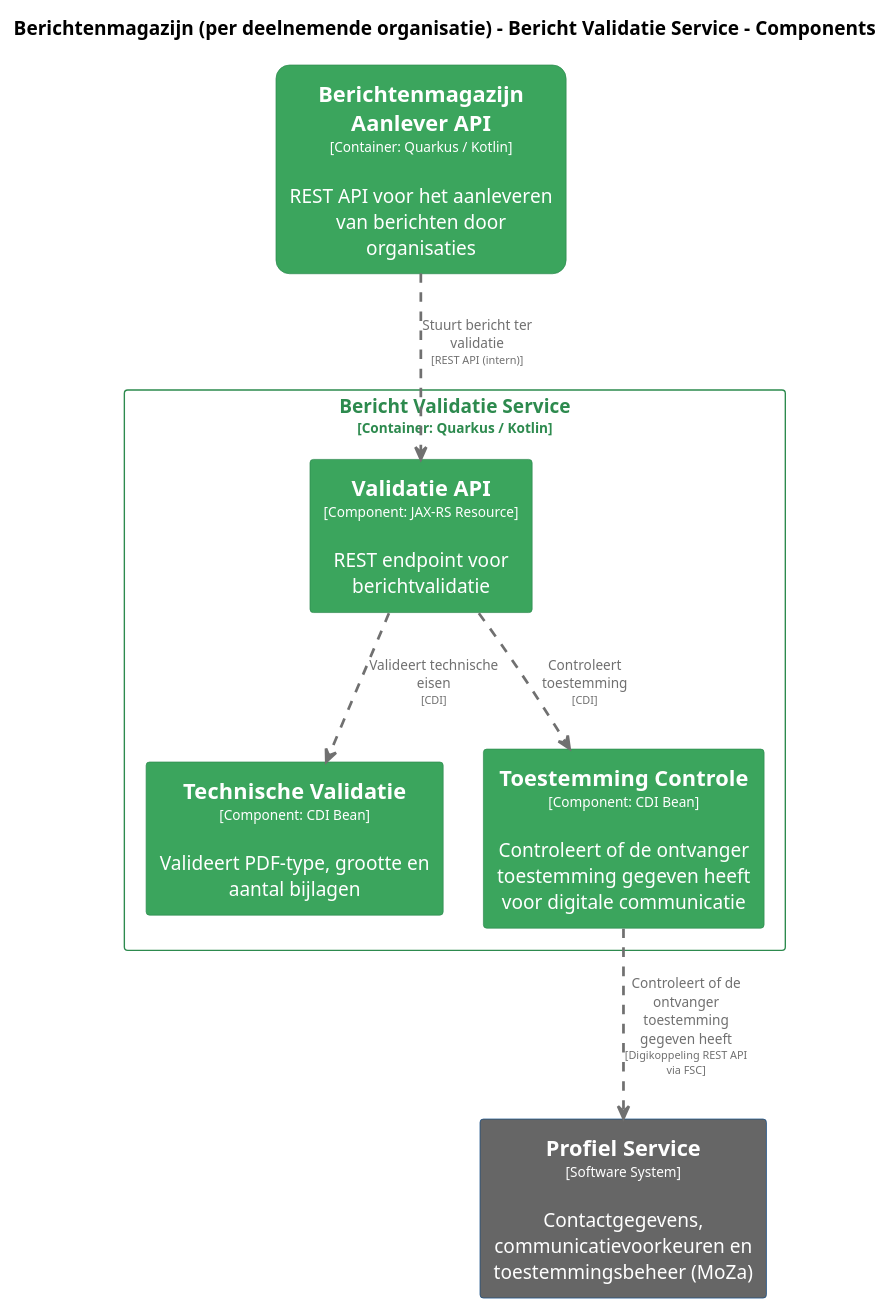
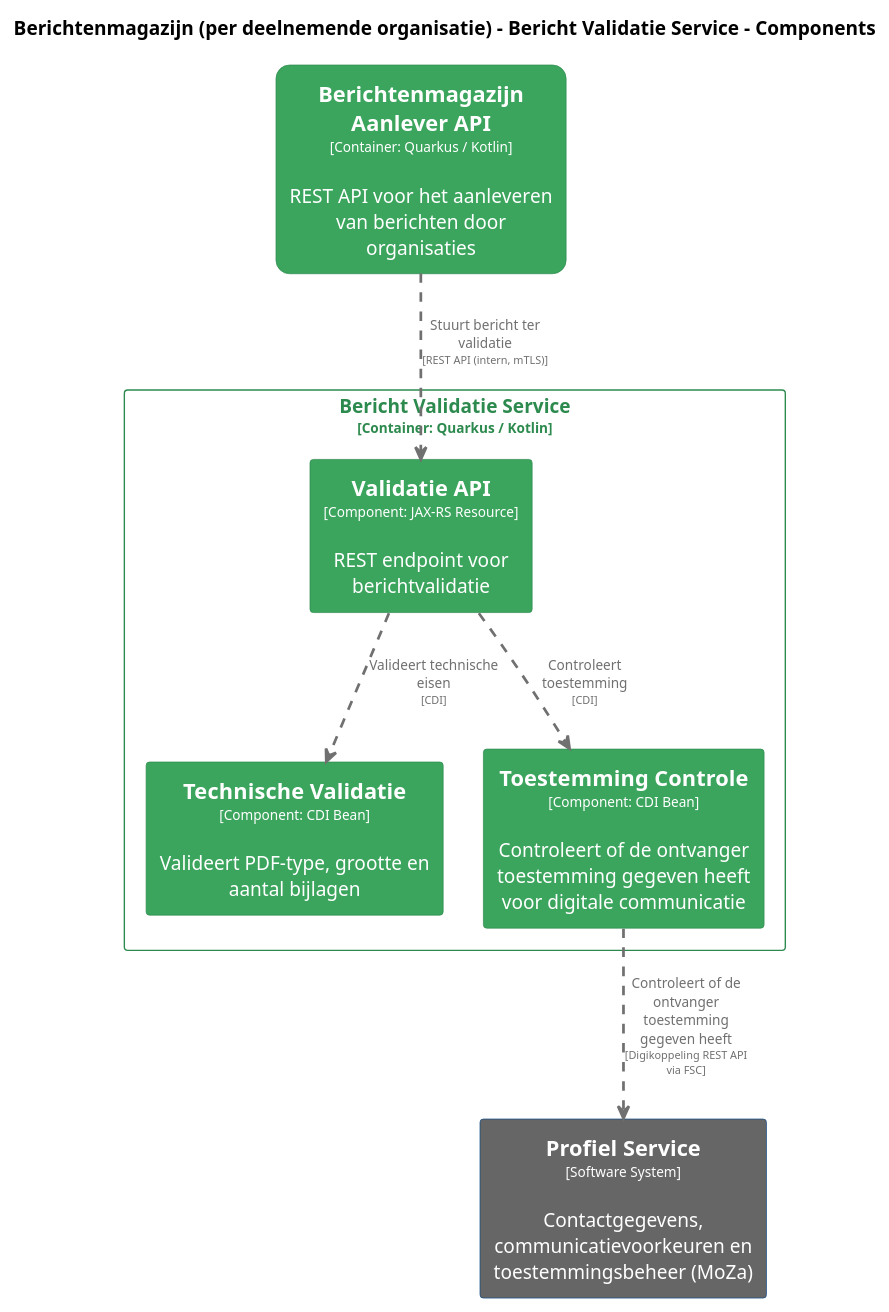
The diagram in pr-preview/pr-22/master/puml/BerichtValidatieComponenten.puml (MinBZK/moza-poc-fbs-berichtenbox), drawn with PlantUML before and after one commit. The commit also changed 15 other files, not shown here.

```diff
--- a/pr-preview/pr-22/master/puml/BerichtValidatieComponenten.puml
+++ b/pr-preview/pr-22/master/puml/BerichtValidatieComponenten.puml
@@ -1,68 +1,68 @@
 @startuml
 set separator none
 title Berichtenmagazijn (per deelnemende organisatie) - Bericht Validatie Service - Components
 
 top to bottom direction
 skinparam ranksep 60
 skinparam nodesep 30
 
 skinparam {
   arrowFontSize 10
   defaultTextAlignment center
   wrapWidth 200
   maxMessageSize 100
 }
 
 hide stereotype
 
 skinparam rectangle<<Berichtenmagazijnperdeelnemendeorganisatie.BerichtenmagazijnAanleverAPI>> {
   BackgroundColor #3ba55d
   FontColor #ffffff
   BorderColor #2d8a4e
   roundCorner 20
   shadowing false
 }
 skinparam rectangle<<ProfielService>> {
   BackgroundColor #666666
   FontColor #ffffff
   BorderColor #0b4884
   shadowing false
 }
 skinparam rectangle<<Berichtenmagazijnperdeelnemendeorganisatie.BerichtValidatieService.TechnischeValidatie>> {
   BackgroundColor #3ba55d
   FontColor #ffffff
   BorderColor #2d8a4e
   shadowing false
 }
 skinparam rectangle<<Berichtenmagazijnperdeelnemendeorganisatie.BerichtValidatieService.ToestemmingControle>> {
   BackgroundColor #3ba55d
   FontColor #ffffff
   BorderColor #2d8a4e
   shadowing false
 }
 skinparam rectangle<<Berichtenmagazijnperdeelnemendeorganisatie.BerichtValidatieService.ValidatieAPI>> {
   BackgroundColor #3ba55d
   FontColor #ffffff
   BorderColor #2d8a4e
   shadowing false
 }
 skinparam rectangle<<Berichtenmagazijnperdeelnemendeorganisatie.BerichtValidatieService>> {
   BorderColor #2d8a4e
   FontColor #2d8a4e
   shadowing false
 }
 
 rectangle "==Profiel Service\n<size:10>[Software System]</size>\n\nContactgegevens, communicatievoorkeuren en toestemmingsbeheer (MoZa)" <<ProfielService>> as ProfielService
 rectangle "==Berichtenmagazijn Aanlever API\n<size:10>[Container: Quarkus / Kotlin]</size>\n\nREST API voor het aanleveren van berichten door organisaties" <<Berichtenmagazijnperdeelnemendeorganisatie.BerichtenmagazijnAanleverAPI>> as Berichtenmagazijnperdeelnemendeorganisatie.BerichtenmagazijnAanleverAPI
 
 rectangle "Bericht Validatie Service\n<size:10>[Container: Quarkus / Kotlin]</size>" <<Berichtenmagazijnperdeelnemendeorganisatie.BerichtValidatieService>> {
   rectangle "==Validatie API\n<size:10>[Component: JAX-RS Resource]</size>\n\nREST endpoint voor berichtvalidatie" <<Berichtenmagazijnperdeelnemendeorganisatie.BerichtValidatieService.ValidatieAPI>> as Berichtenmagazijnperdeelnemendeorganisatie.BerichtValidatieService.ValidatieAPI
   rectangle "==Technische Validatie\n<size:10>[Component: CDI Bean]</size>\n\nValideert PDF-type, grootte en aantal bijlagen" <<Berichtenmagazijnperdeelnemendeorganisatie.BerichtValidatieService.TechnischeValidatie>> as Berichtenmagazijnperdeelnemendeorganisatie.BerichtValidatieService.TechnischeValidatie
   rectangle "==Toestemming Controle\n<size:10>[Component: CDI Bean]</size>\n\nControleert of de ontvanger toestemming gegeven heeft voor digitale communicatie" <<Berichtenmagazijnperdeelnemendeorganisatie.BerichtValidatieService.ToestemmingControle>> as Berichtenmagazijnperdeelnemendeorganisatie.BerichtValidatieService.ToestemmingControle
 }
 
 Berichtenmagazijnperdeelnemendeorganisatie.BerichtValidatieService.ToestemmingControle .[#707070,thickness=2].> ProfielService : "<color:#707070>Controleert of de ontvanger toestemming gegeven heeft\n<color:#707070><size:8>[Digikoppeling REST API via FSC]</size>"
 Berichtenmagazijnperdeelnemendeorganisatie.BerichtValidatieService.ValidatieAPI .[#707070,thickness=2].> Berichtenmagazijnperdeelnemendeorganisatie.BerichtValidatieService.TechnischeValidatie : "<color:#707070>Valideert technische eisen\n<color:#707070><size:8>[CDI]</size>"
 Berichtenmagazijnperdeelnemendeorganisatie.BerichtValidatieService.ValidatieAPI .[#707070,thickness=2].> Berichtenmagazijnperdeelnemendeorganisatie.BerichtValidatieService.ToestemmingControle : "<color:#707070>Controleert toestemming\n<color:#707070><size:8>[CDI]</size>"
-Berichtenmagazijnperdeelnemendeorganisatie.BerichtenmagazijnAanleverAPI .[#707070,thickness=2].> Berichtenmagazijnperdeelnemendeorganisatie.BerichtValidatieService.ValidatieAPI : "<color:#707070>Stuurt bericht ter validatie\n<color:#707070><size:8>[REST API (intern)]</size>"
+Berichtenmagazijnperdeelnemendeorganisatie.BerichtenmagazijnAanleverAPI .[#707070,thickness=2].> Berichtenmagazijnperdeelnemendeorganisatie.BerichtValidatieService.ValidatieAPI : "<color:#707070>Stuurt bericht ter validatie\n<color:#707070><size:8>[REST API (intern, mTLS)]</size>"
 @enduml
```
